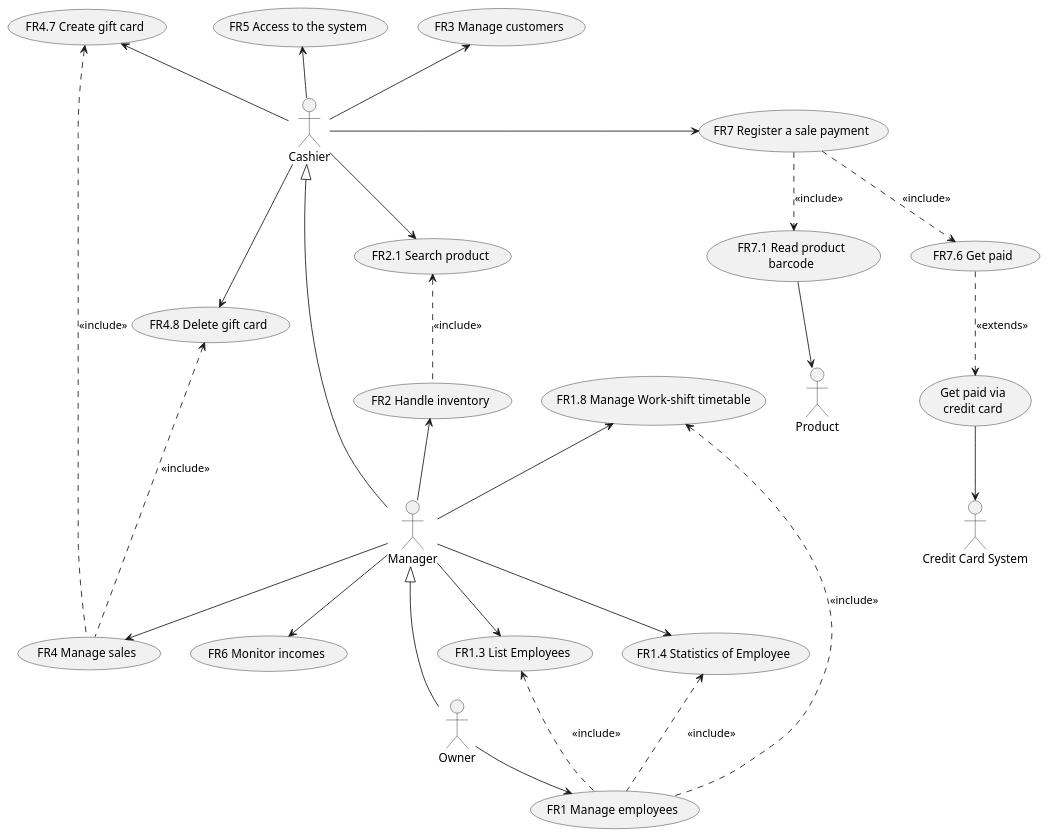
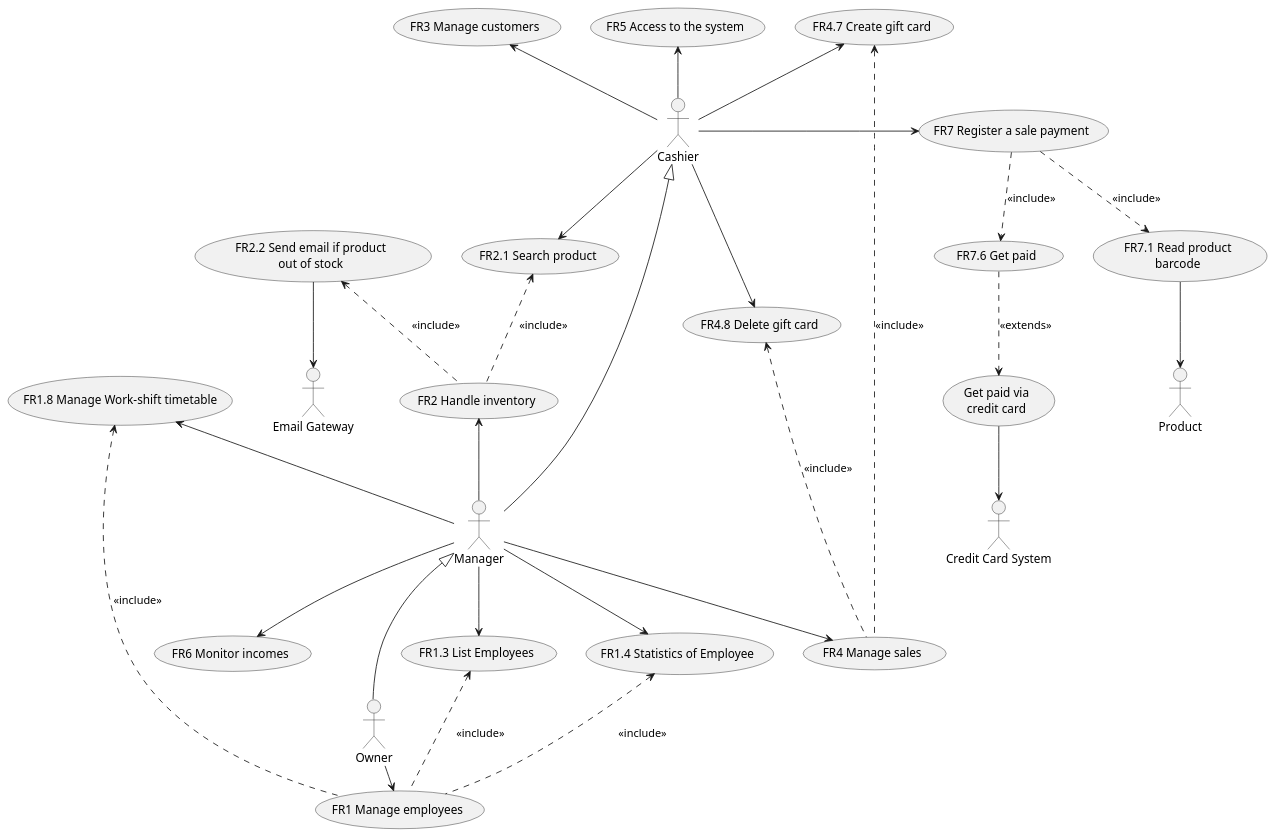
Before and after one commit to MatteoBattilana/EzShop: the second of 7 diagrams in Deliverables/RequirementsDocument.md, drawn with PlantUML. The commit also changed other lines of this file, not shown here.

Commit message:
docs: added actor Email Gateway

````diff
--- a/Deliverables/RequirementsDocument.md
+++ b/Deliverables/RequirementsDocument.md
@@ -224,56 +224,61 @@
 ```plantuml
 @startuml
 	usecase "FR1 Manage employees" as UC2
 	usecase "FR1.3 List Employees" as UC2.3
 	usecase "FR1.4 Statistics of Employee" as UC2.4
 	usecase "FR1.8 Manage Work-shift timetable" as UC2.7
 	UC2.3 <.. UC2: <<include>>
 	UC2.4 <.. UC2: <<include>>
 	UC2.7 <.. UC2: <<include>>
 
 	usecase "FR2 Handle inventory" as UC3
 	usecase "FR2.1 Search product" as UC3.1
+	usecase "FR2.2 Send email if product\nout of stock" as UC3.2
+	UC3.2 <.. UC3: <<include>>
 	UC3.1 <.. UC3: <<include>>
 
 	usecase "FR5 Access to the system" as UC4
 
 	usecase "FR3 Manage customers" as UC5
 	usecase "FR6 Monitor incomes" as UC6
 
 	usecase "FR4 Manage sales" as UC8
   usecase "FR4.7 Create gift card" as UC8.4
   usecase "FR4.8 Delete gift card" as UC8.5
 	UC8.4 <.. UC8: <<include>>
 	UC8.5 <.. UC8: <<include>>
 
   usecase "FR7 Register a sale payment" as UC7
   usecase "FR7.6 Get paid" as UC7.8
   usecase "Get paid via\ncredit card" as UC7.8.1
   usecase "FR7.1 Read product\nbarcode" as UC7.1
   UC7.8.1 <.up. UC7.8: <<extends>>
   UC7.8 <.up. UC7: <<include>>
   UC7.1 <.up. UC7: <<include>>
 
 
 Cashier <|-down- Manager
 Manager <|-down- Owner
 Product <-up- UC7.1
 :Credit Card System: <-up- UC7.8.1
 
 Owner -right-> UC2
 
 Manager --> UC2.3
 Manager --> UC2.4
 Manager -up-> UC2.7
 Manager -up-> UC3
 Manager --> UC6
 Manager --> UC8
 
 Cashier --> UC3.1
 Cashier -up-> UC4
 Cashier -up-> UC8.4
 Cashier --> UC8.5
 Cashier -right-> UC7
 Cashier -up-> UC5
+
+
+:Email Gateway: <-up- UC3.2
 @enduml
 ```
````
